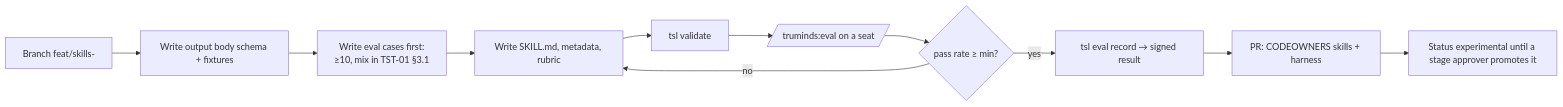
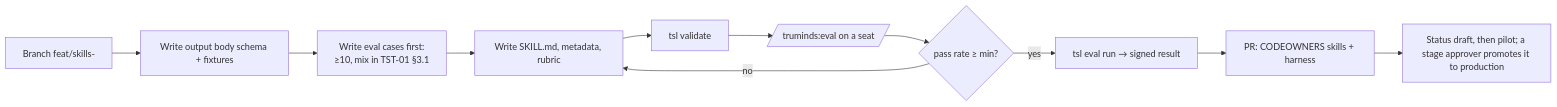
The second of 2 diagrams in docs/development/DEV-01-developer-guide.md (puneetsinghnanda/AI-Skill-Library), drawn with Mermaid before and after one commit. The commit also changed other lines of this file and 30 other files, not shown here.

````diff
--- a/docs/development/DEV-01-developer-guide.md
+++ b/docs/development/DEV-01-developer-guide.md
@@ -296,13 +296,13 @@
 ```mermaid
 flowchart LR
   A[Branch feat/skills-<id>] --> B[Write output body schema + fixtures]
   B --> C[Write eval cases first:\n≥10, mix in TST-01 §3.1]
   C --> D[Write SKILL.md, metadata, rubric]
   D --> E[tsl validate]
   E --> F[/truminds:eval <id> on a seat/]
   F --> G{pass rate ≥ min?}
   G -- no --> D
-  G -- yes --> H[tsl eval record → signed result]
+  G -- yes --> H[tsl eval run → signed result]
   H --> I[PR: CODEOWNERS skills + harness]
-  I --> J[Status experimental until a stage approver promotes it]
+  I --> J[Status draft, then pilot; a stage approver promotes it to production]
 ```
````
